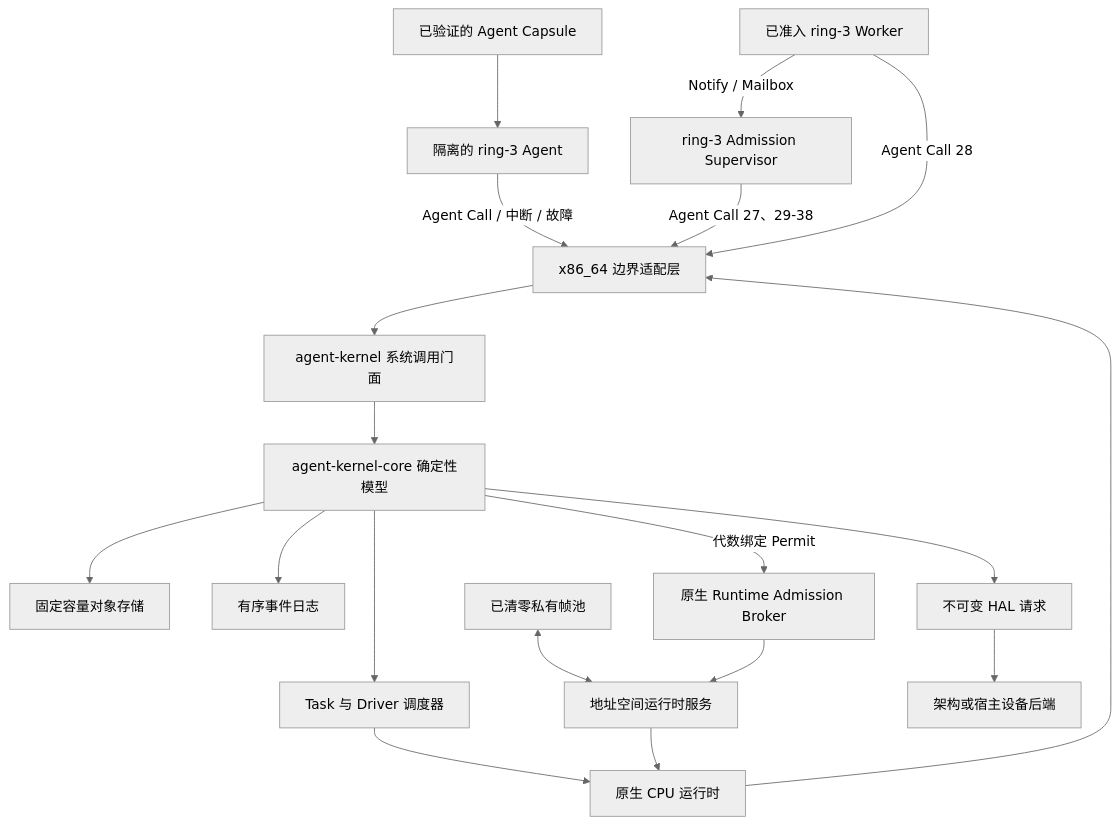
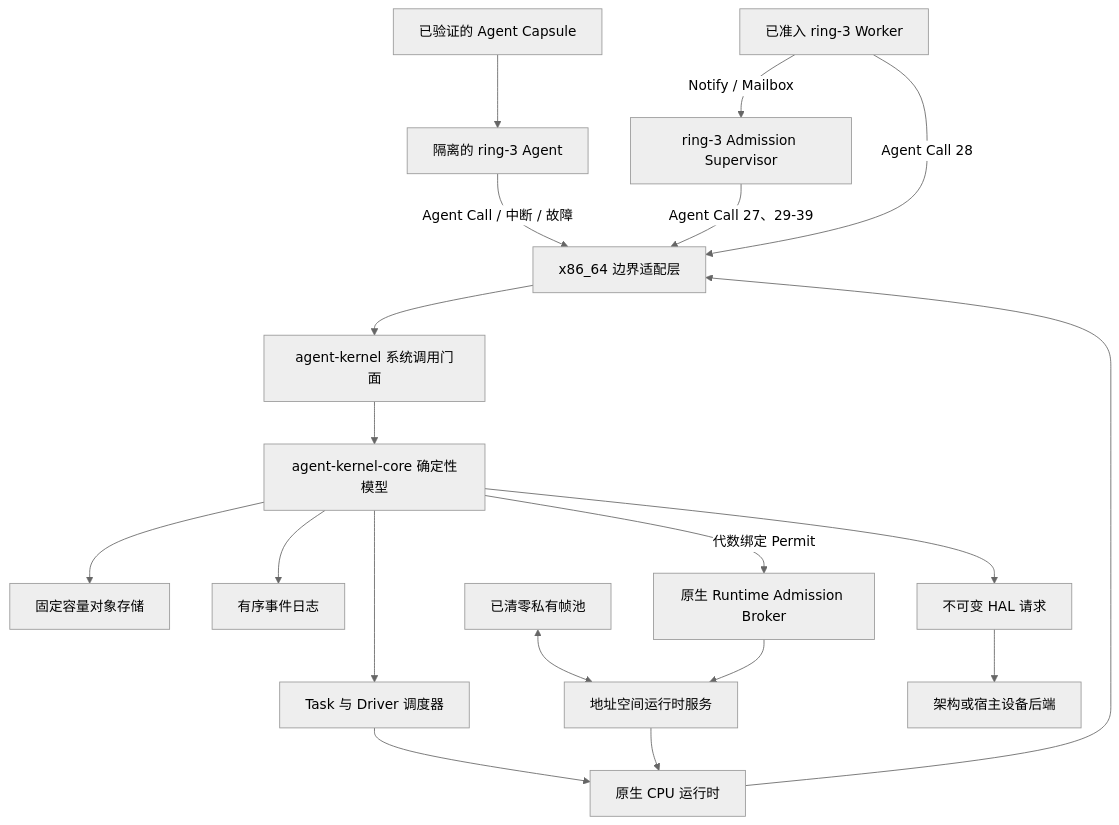
One commit to Evan-master/agent-kernel changed the diagram in README.zh-CN.md. Above: the diagram before and after it, drawn with Mermaid (neutral theme). The commit also changed other lines of this file and 36 other files, not shown here.

````diff
--- a/README.zh-CN.md
+++ b/README.zh-CN.md
@@ -220,21 +230,21 @@
 ```mermaid
 flowchart TB
     Capsule["已验证的 Agent Capsule"] --> Ring3["隔离的 ring-3 Agent"]
     Ring3 -->|"Agent Call / 中断 / 故障"| X86["x86_64 边界适配层"]
     X86 --> Facade["agent-kernel 系统调用门面"]
     Facade --> Core["agent-kernel-core 确定性模型"]
     Core --> Stores["固定容量对象存储"]
     Core --> Events["有序事件日志"]
     Core --> Scheduler["Task 与 Driver 调度器"]
     Scheduler --> Runtime["原生 CPU 运行时"]
     Runtime --> X86
     FramePool["已清零私有帧池"] <--> AddressService["地址空间运行时服务"]
     Broker["原生 Runtime Admission Broker"] --> AddressService
     Core -->|"代数绑定 Permit"| Broker
     AddressService --> Runtime
     Core --> HAL["不可变 HAL 请求"]
     HAL --> Device["架构或宿主设备后端"]
-    Supervisor["ring-3 Admission Supervisor"] -->|"Agent Call 27、29-38"| X86
+    Supervisor["ring-3 Admission Supervisor"] -->|"Agent Call 27、29-39"| X86
     Workers["已准入 ring-3 Worker"] -->|"Agent Call 28"| X86
     Workers -->|"Notify / Mailbox"| Supervisor
 ```
````
